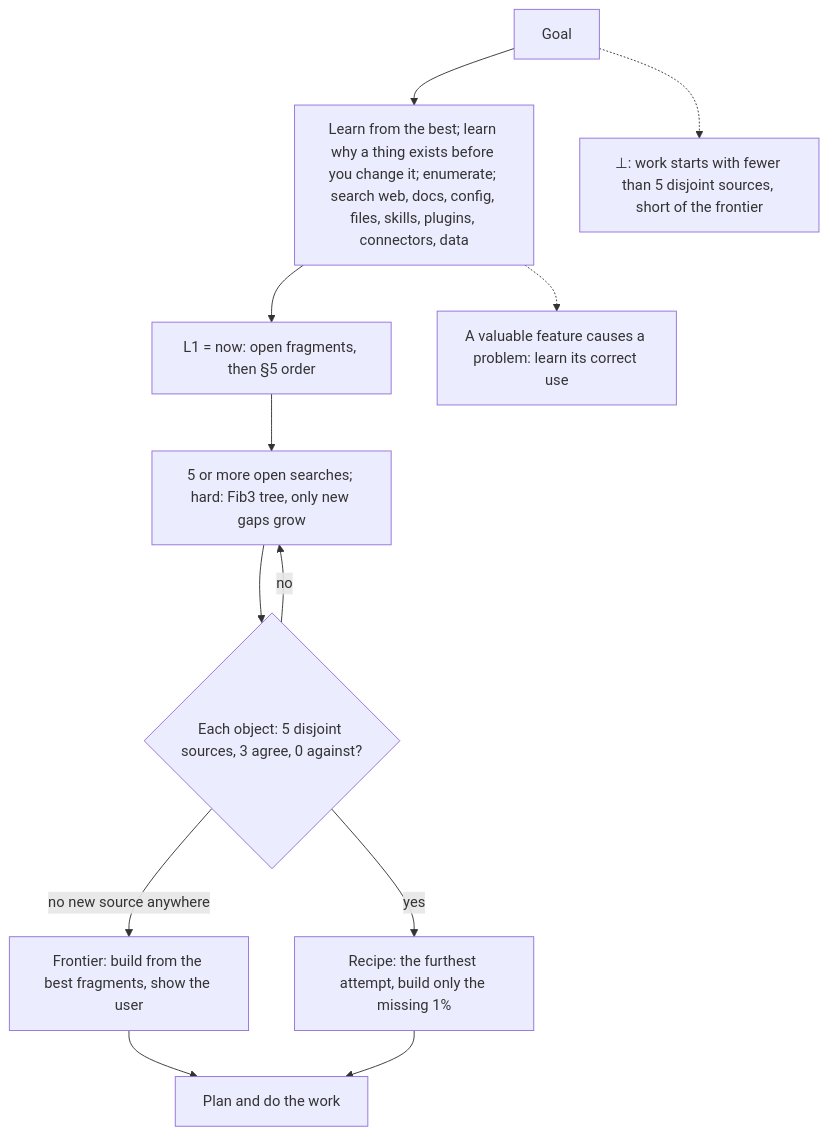
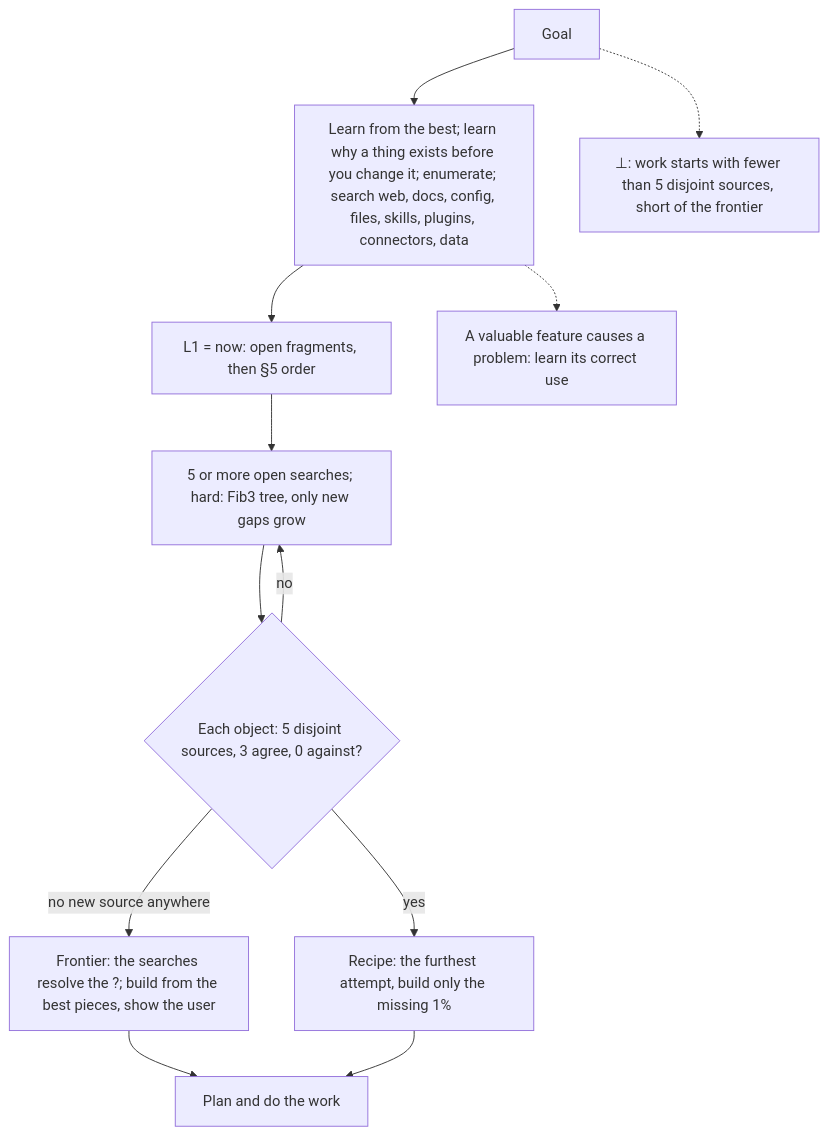
One commit to SolenixAI/arbiter changed the fourth of 14 diagrams in AGENTS.md. Above: the diagram before and after it, drawn with Mermaid. The commit also changed other lines of this file and 3 other files, not shown here.

````diff
--- a/AGENTS.md
+++ b/AGENTS.md
@@ -154,10 +156,10 @@
 ```mermaid
 flowchart TD
   G[Goal] --> L["Learn from the best; learn why a thing exists before you change it; enumerate; search web, docs, config, files, skills, plugins, connectors, data"] --> F1["L1 = now: open fragments, then §5 order"] --> Q["5 or more open searches; hard: Fib3 tree, only new gaps grow"]
   Q --> N{"Each object: 5 disjoint sources, 3 agree, 0 against?"}
   N -->|no| Q
-  N -->|no new source anywhere| U["Frontier: build from the best fragments, show the user"] --> B[Plan and do the work]
+  N -->|no new source anywhere| U["Frontier: the searches resolve the ?; build from the best pieces, show the user"] --> B[Plan and do the work]
   N -->|yes| R["Recipe: the furthest attempt, build only the missing 1%"] --> B
   L -.-> NB["A valuable feature causes a problem: learn its correct use"]
   G -.-> BOT["⊥: work starts with fewer than 5 disjoint sources, short of the frontier"]
 ```
````
